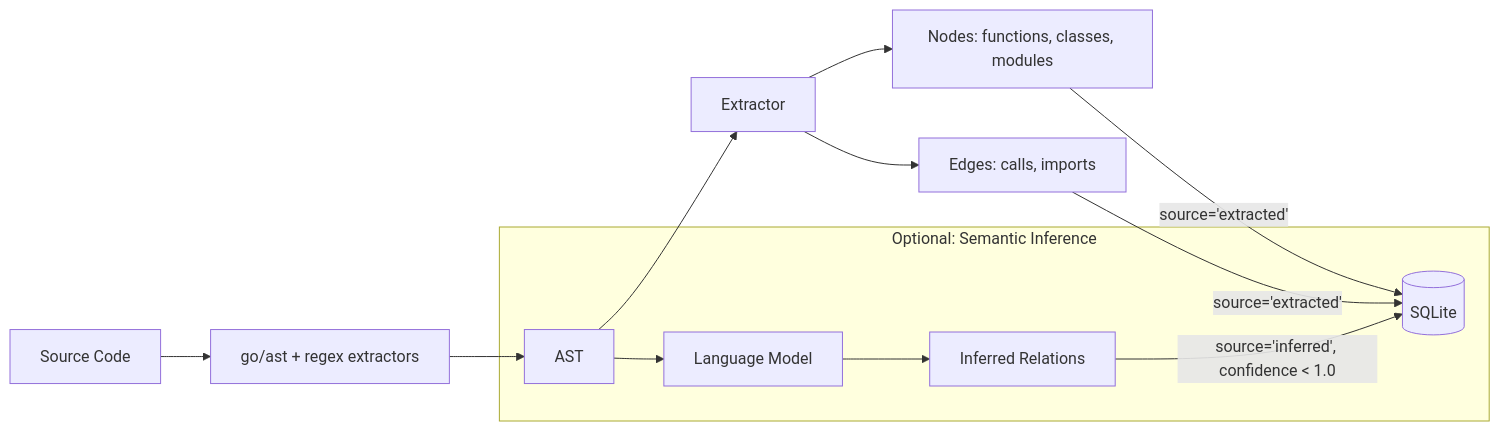
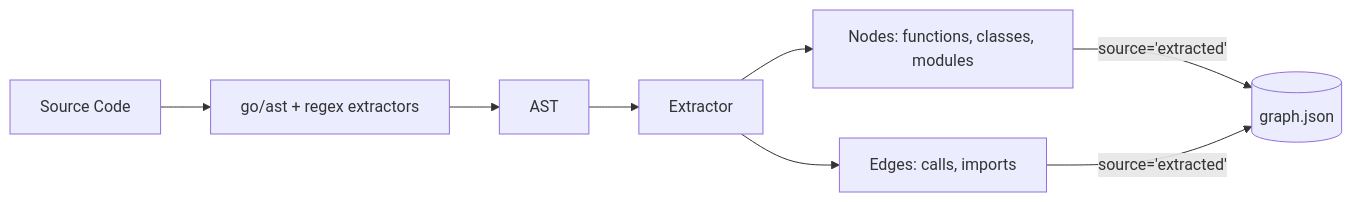
The fourth of 12 diagrams in docs/arquitetura.md (leonardo-moraes360/toolbelt), drawn with Mermaid before and after one commit. The commit also changed other lines of this file and 1 other file, not shown here.

Commit message:
docs(arquitetura): describe what exists (graph.json + BM25, Landlock/seccomp, real .toolbelt tree); mark roles, capability tokens, tb run/proc and audit log as dropped or planned

````diff
--- a/docs/arquitetura.md
+++ b/docs/arquitetura.md
@@ -299,17 +222,11 @@
 ```mermaid
 graph LR
     CODE[Source Code] --> TS[go/ast + regex extractors]
     TS --> AST[AST]
     AST --> EXT[Extractor]
     EXT --> NODES[Nodes: functions, classes, modules]
     EXT --> EDGES[Edges: calls, imports]
 
-    NODES --> |source='extracted'| DB[(SQLite)]
+    NODES --> |source='extracted'| DB[(graph.json)]
     EDGES --> |source='extracted'| DB
-
-    subgraph "Optional: Semantic Inference"
-        AST --> LLM[Language Model]
-        LLM --> INF[Inferred Relations]
-        INF --> |source='inferred', confidence < 1.0| DB
-    end
 ```
````
